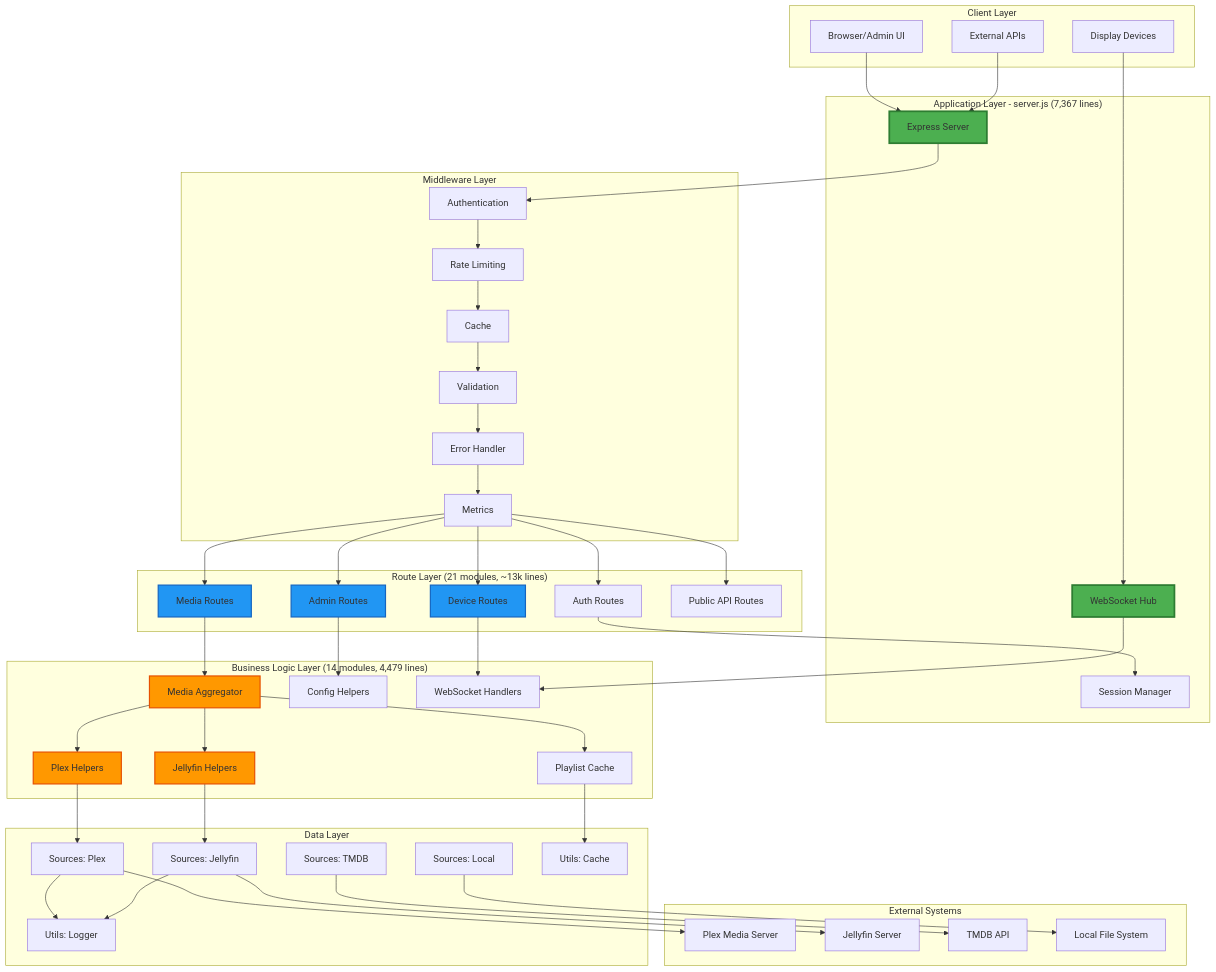
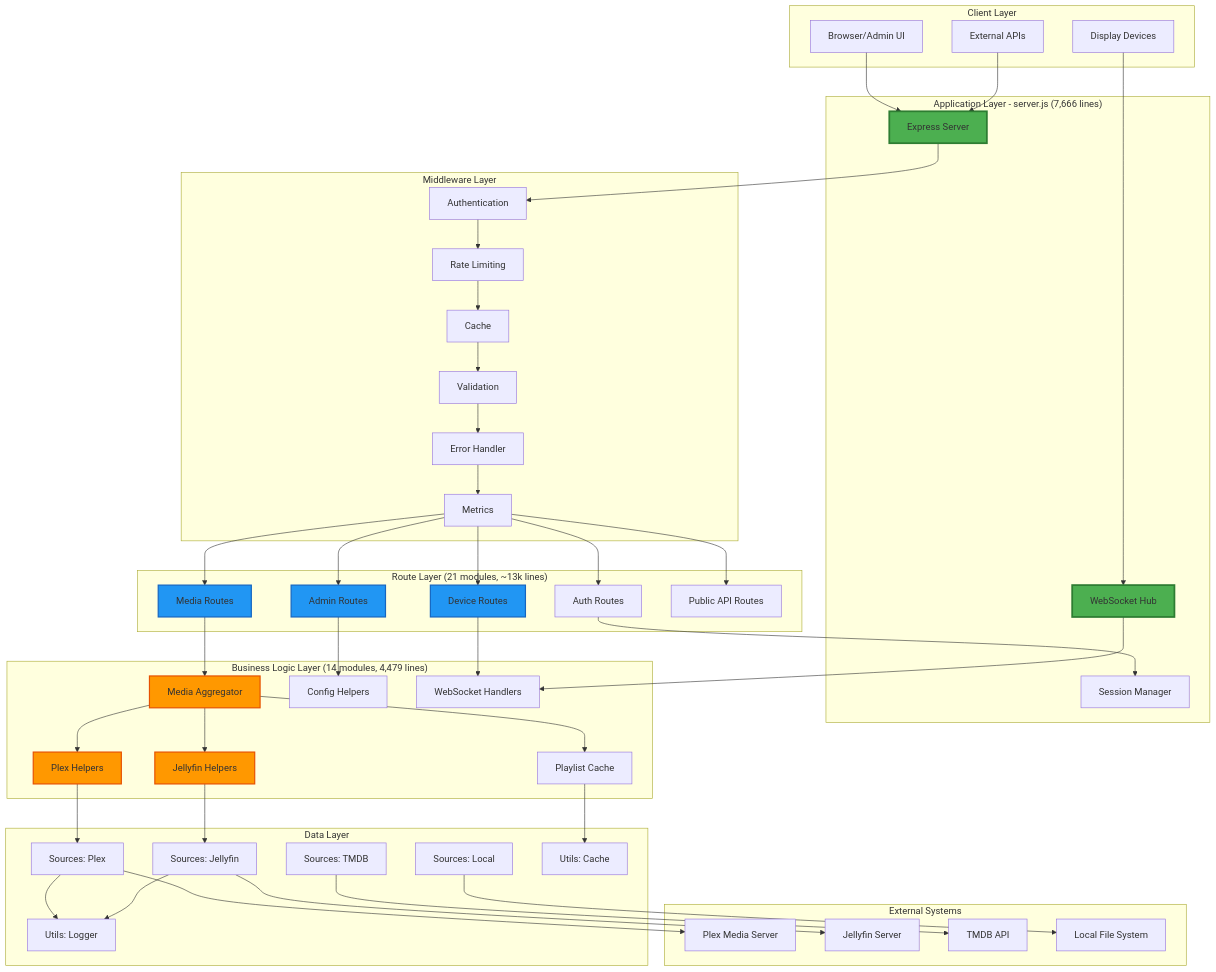
Before and after one commit to Posterrama/posterrama: the first of 11 diagrams in docs/ARCHITECTURE-DIAGRAMS.md, drawn with Mermaid. The commit also changed other lines of this file and 14 other files, not shown here.

```diff
--- a/docs/ARCHITECTURE-DIAGRAMS.md
+++ b/docs/ARCHITECTURE-DIAGRAMS.md
@@ -22,7 +22,7 @@
  A3[External APIs]
  end
 
- subgraph "Application Layer - server.js (7,367 lines)"
+ subgraph "Application Layer - server.js (7,666 lines)"
  B1[Express Server]
  B2[WebSocket Hub]
  B3[Session Manager]
```
